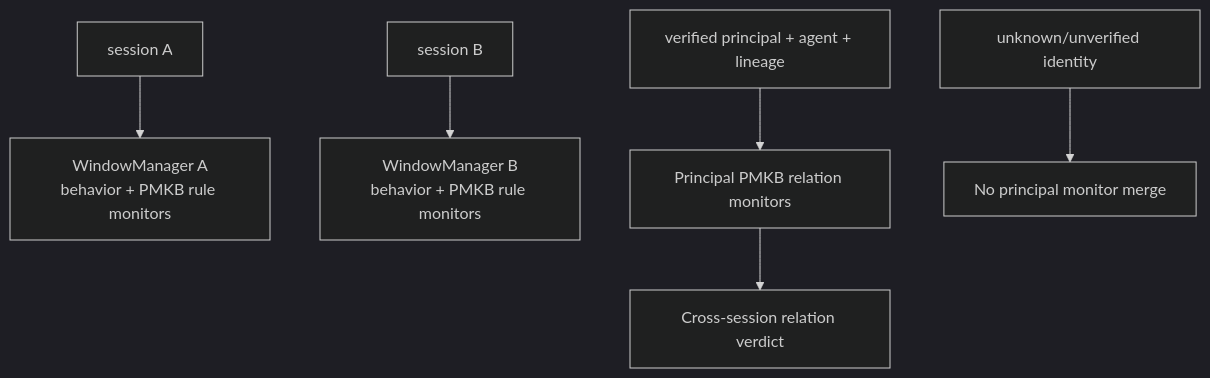
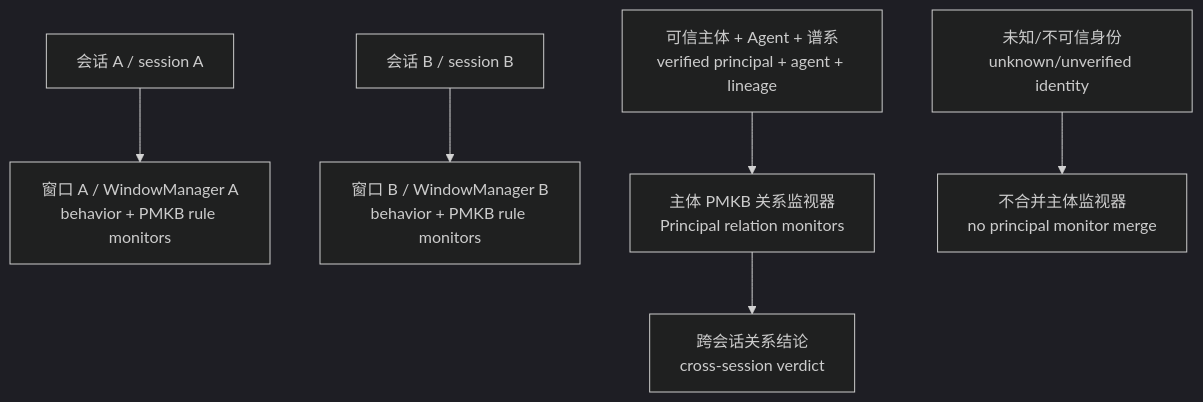
Before and after one commit to HorizonExploration/RVguarder: the third of 3 diagrams in docs/architecture/rv-permission-automata.md, drawn with Mermaid (dark theme). The commit also changed other lines of this file and 5 other files, not shown here.

Commit message:
docs: add bilingual RV diagram and legacy rule matrix

````diff
--- a/docs/architecture/rv-permission-automata.md
+++ b/docs/architecture/rv-permission-automata.md
@@ -130,8 +130,8 @@
 ```mermaid
 flowchart TB
-    S1[session A] --> W1[WindowManager A<br/>behavior + PMKB rule monitors]
-    S2[session B] --> W2[WindowManager B<br/>behavior + PMKB rule monitors]
-    I[verified principal + agent + lineage] --> P[Principal PMKB relation monitors]
-    P --> R[Cross-session relation verdict]
-    U[unknown/unverified identity] --> X[No principal monitor merge]
+    S1[会话 A / session A] --> W1[窗口 A / WindowManager A<br/>behavior + PMKB rule monitors]
+    S2[会话 B / session B] --> W2[窗口 B / WindowManager B<br/>behavior + PMKB rule monitors]
+    I[可信主体 + Agent + 谱系<br/>verified principal + agent + lineage] --> P[主体 PMKB 关系监视器<br/>Principal relation monitors]
+    P --> R[跨会话关系结论<br/>cross-session verdict]
+    U[未知/不可信身份<br/>unknown/unverified identity] --> X[不合并主体监视器<br/>no principal monitor merge]
 ```
````
